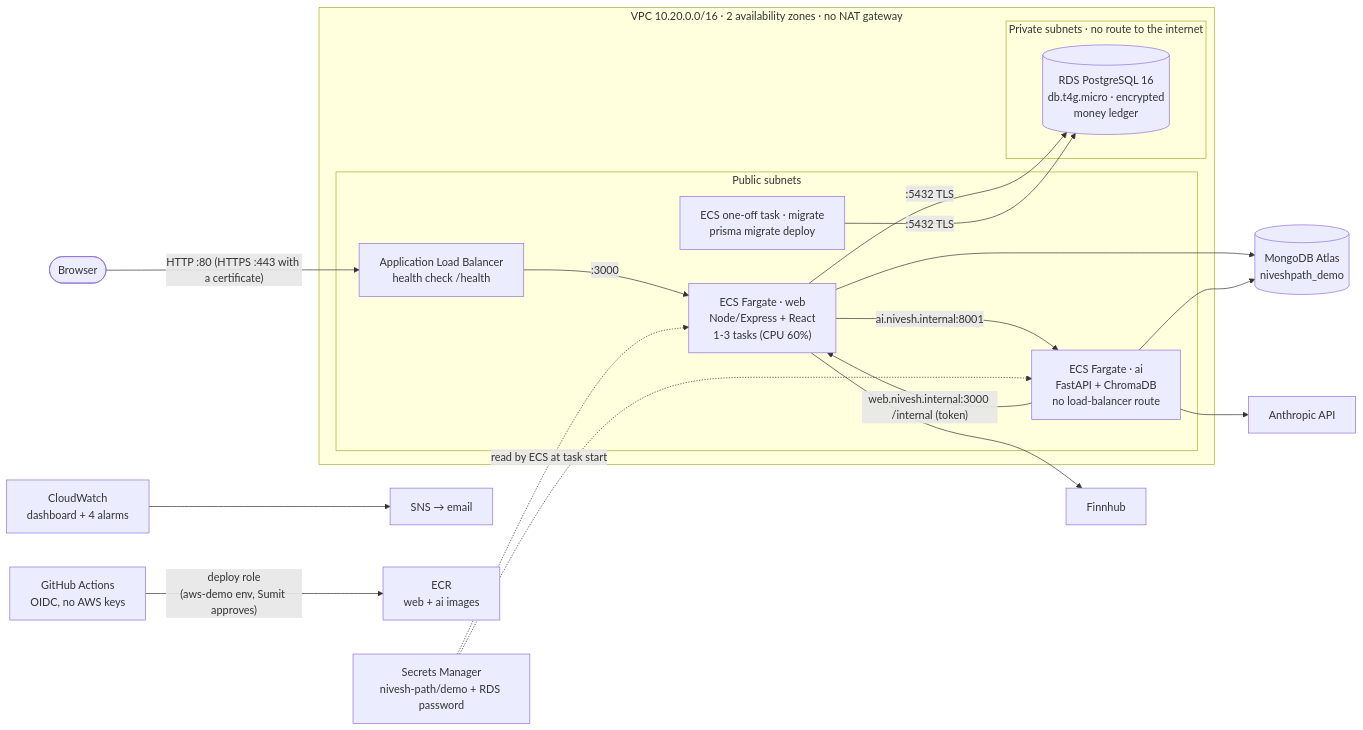
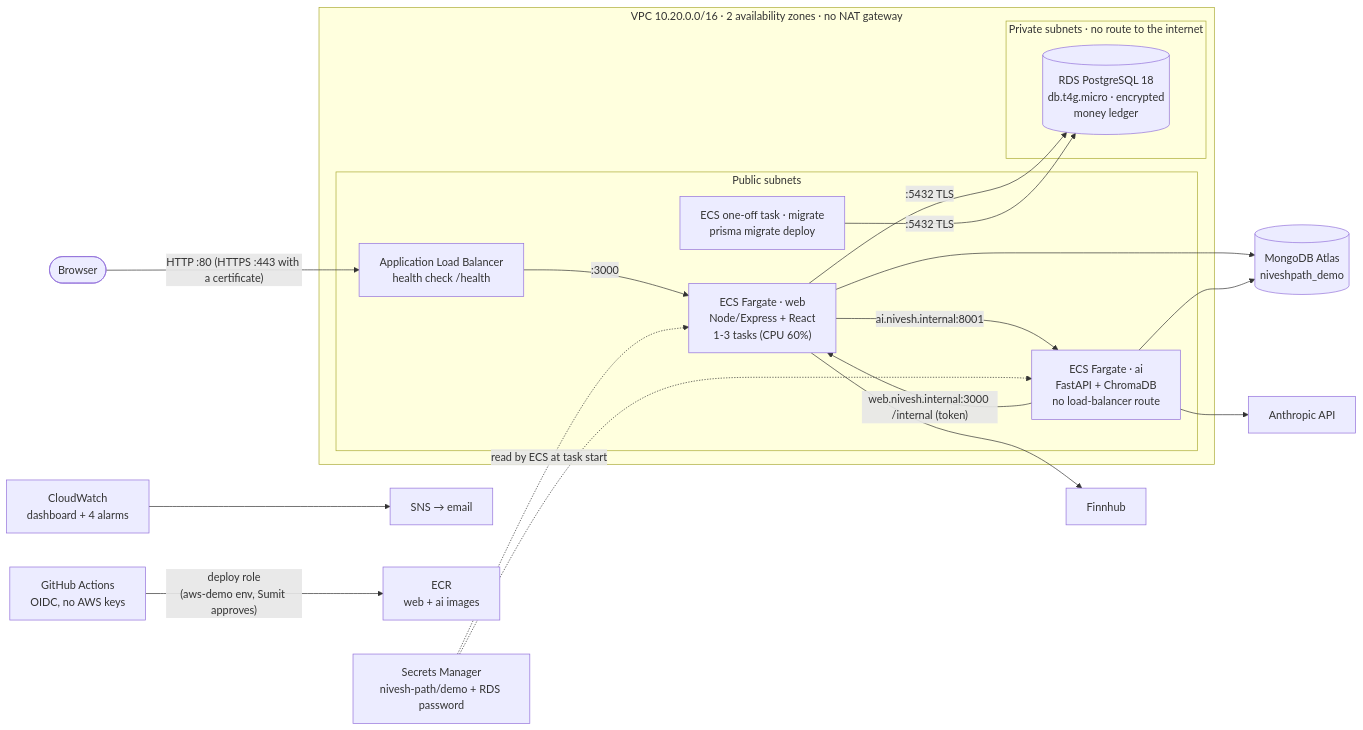
Before and after one commit to sumitparmar19/Nivesh-Path: the diagram in docs/AWS.md, drawn with Mermaid. The commit also changed other lines of this file and 4 other files, not shown here.

````diff
--- a/docs/AWS.md
+++ b/docs/AWS.md
@@ -22,30 +22,30 @@
 ```mermaid
 flowchart LR
   user([Browser]) -->|"HTTP :80 (HTTPS :443 with a certificate)"| alb
 
   subgraph vpc["VPC 10.20.0.0/16 · 2 availability zones · no NAT gateway"]
     subgraph pub["Public subnets"]
       alb["Application Load Balancer<br/>health check /health"]
       web["ECS Fargate · web<br/>Node/Express + React<br/>1-3 tasks (CPU 60%)"]
       ai["ECS Fargate · ai<br/>FastAPI + ChromaDB<br/>no load-balancer route"]
       mig["ECS one-off task · migrate<br/>prisma migrate deploy"]
     end
     subgraph priv["Private subnets · no route to the internet"]
-      rds[("RDS PostgreSQL 16<br/>db.t4g.micro · encrypted<br/>money ledger")]
+      rds[("RDS PostgreSQL 18<br/>db.t4g.micro · encrypted<br/>money ledger")]
     end
     alb -->|":3000"| web
     web -->|"ai.nivesh.internal:8001"| ai
     ai -->|"web.nivesh.internal:3000 /internal (token)"| web
     web -->|":5432 TLS"| rds
     mig -->|":5432 TLS"| rds
   end
 
   web --> atlas[("MongoDB Atlas<br/>niveshpath_demo")]
   ai --> atlas
   web --> finnhub["Finnhub"]
   ai --> anthropic["Anthropic API"]
   sm["Secrets Manager<br/>nivesh-path/demo + RDS password"] -.->|"read by ECS at task start"| web
   sm -.-> ai
   cw["CloudWatch<br/>dashboard + 4 alarms"] --> sns["SNS → email"]
   gh["GitHub Actions<br/>OIDC, no AWS keys"] -->|"deploy role<br/>(aws-demo env, Sumit approves)"| ecr["ECR<br/>web + ai images"]
 ```
````
